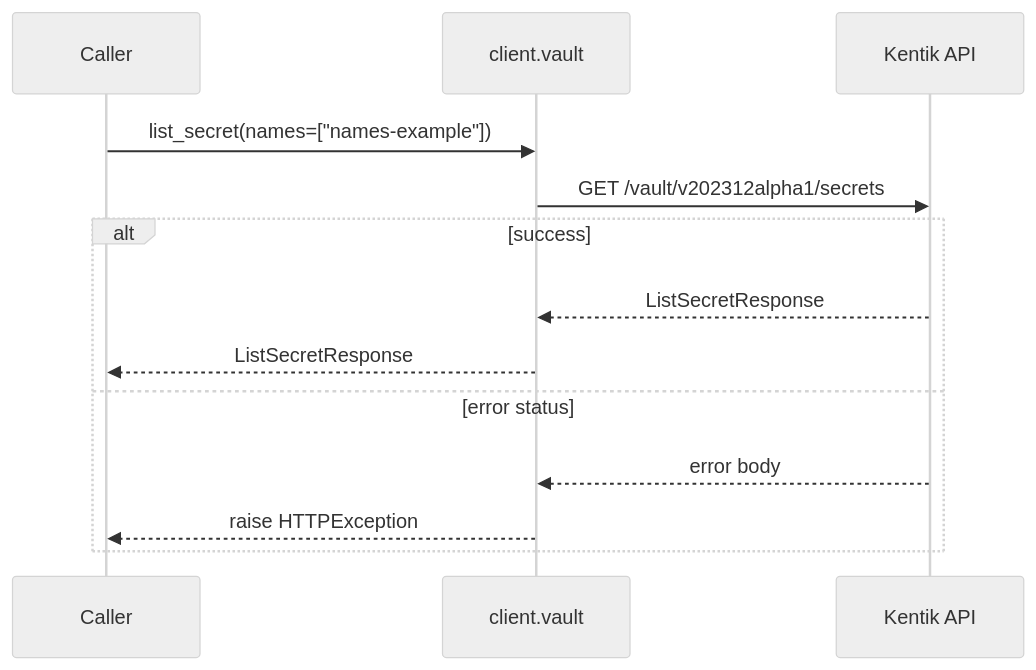
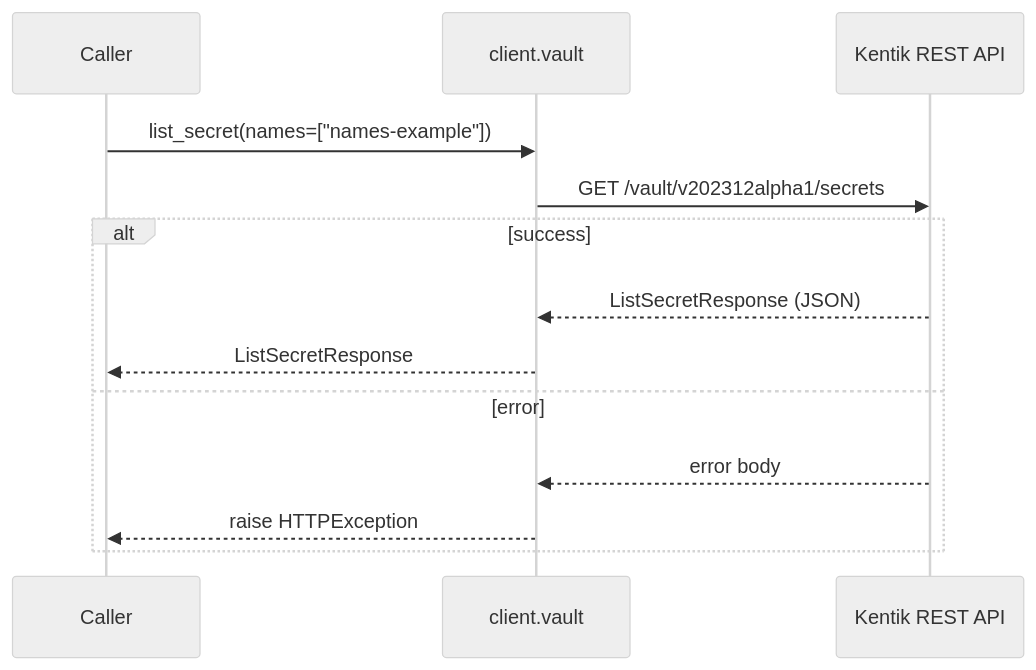
One commit to alexdearaujo/community_sdk_python changed the second of 6 diagrams in docs/sphinx/services/vault.md. Above: the diagram before and after it, drawn with Mermaid (neutral theme). The commit also changed other lines of this file and 61 other files, not shown here.

````diff
--- a/docs/sphinx/services/vault.md
+++ b/docs/sphinx/services/vault.md
@@ -33,16 +35,16 @@
 ```mermaid
 sequenceDiagram
     participant C as Caller
     participant W as client.vault
-    participant API as Kentik API
+    participant API as Kentik REST API
 
     C->>W: list_secret(names=["names-example"])
     W->>API: GET /vault/v202312alpha1/secrets
     alt success
-        API-->>W: ListSecretResponse
+        API-->>W: ListSecretResponse (JSON)
         W-->>C: ListSecretResponse
-    else error status
+    else error
         API-->>W: error body
         W-->>C: raise HTTPException
     end
 ```
````
